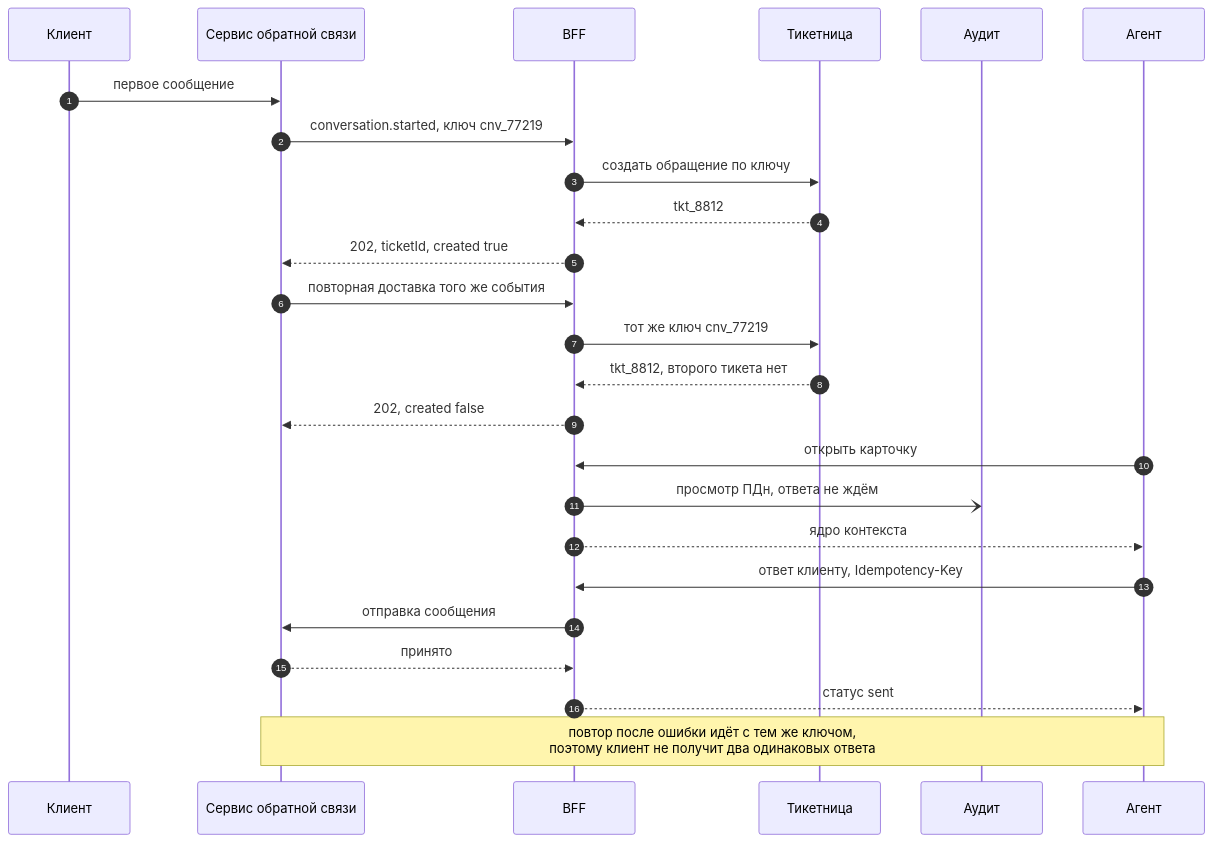
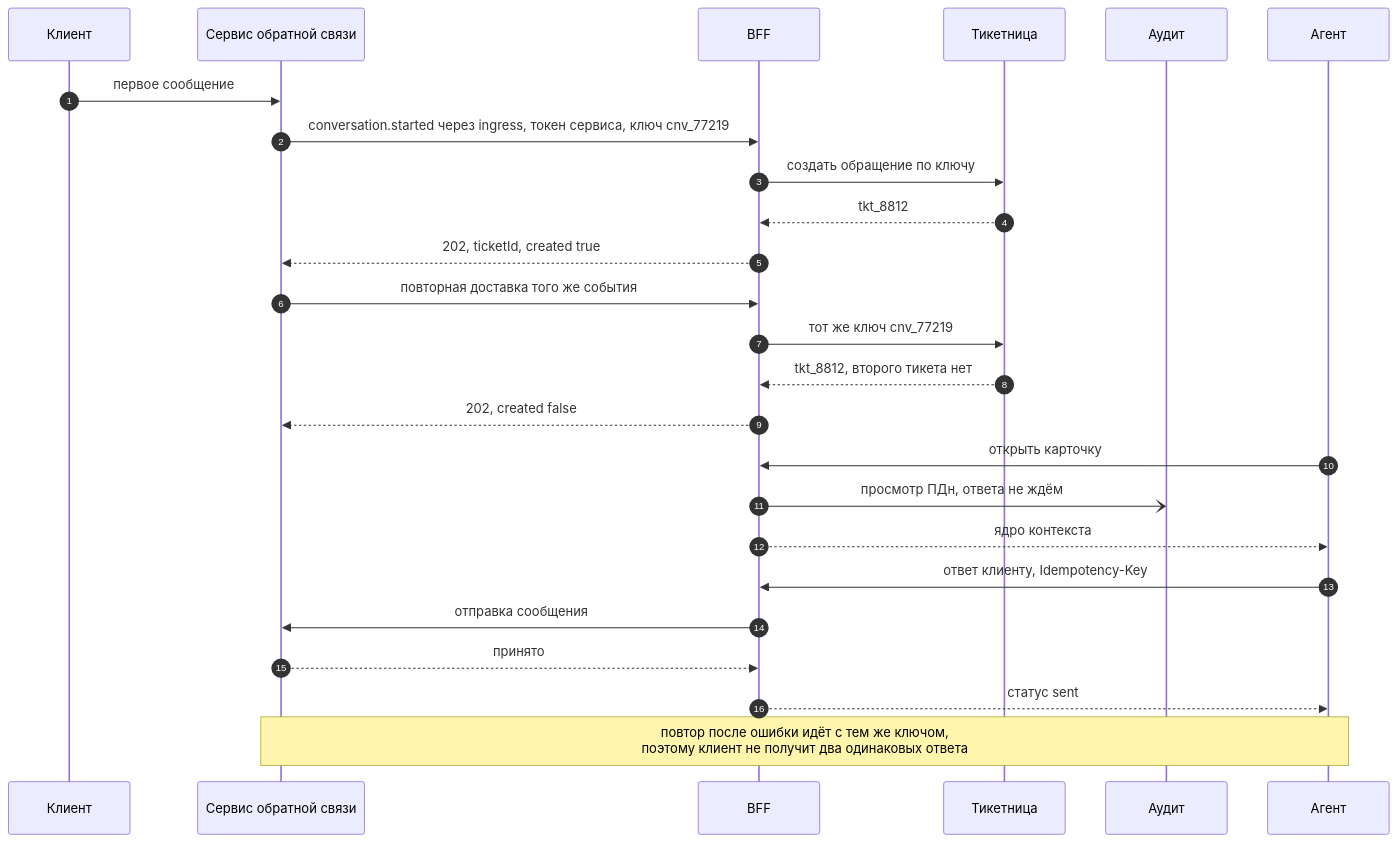
Before and after one commit to lionlimon/otus_lessons: the second of 2 diagrams in docs/views/interaction-map.md, drawn with Mermaid. The commit also changed other lines of this file and 6 other files, not shown here.

````diff
--- a/docs/views/interaction-map.md
+++ b/docs/views/interaction-map.md
@@ -71,32 +71,32 @@
 ```mermaid
 sequenceDiagram
     autonumber
     participant C as Клиент
     participant FB as Сервис обратной связи
     participant F as BFF
     participant T as Тикетница
     participant AU as Аудит
     participant A as Агент
 
     C->>FB: первое сообщение
-    FB->>F: conversation.started, ключ cnv_77219
+    FB->>F: conversation.started через ingress, токен сервиса, ключ cnv_77219
     F->>T: создать обращение по ключу
     T-->>F: tkt_8812
     F-->>FB: 202, ticketId, created true
 
     FB->>F: повторная доставка того же события
     F->>T: тот же ключ cnv_77219
     T-->>F: tkt_8812, второго тикета нет
     F-->>FB: 202, created false
 
     A->>F: открыть карточку
     F-)AU: просмотр ПДн, ответа не ждём
     F-->>A: ядро контекста
 
     A->>F: ответ клиенту, Idempotency-Key
     F->>FB: отправка сообщения
     FB-->>F: принято
     F-->>A: статус sent
 
     Note over A,FB: повтор после ошибки идёт с тем же ключом,<br/>поэтому клиент не получит два одинаковых ответа
 ```
````
